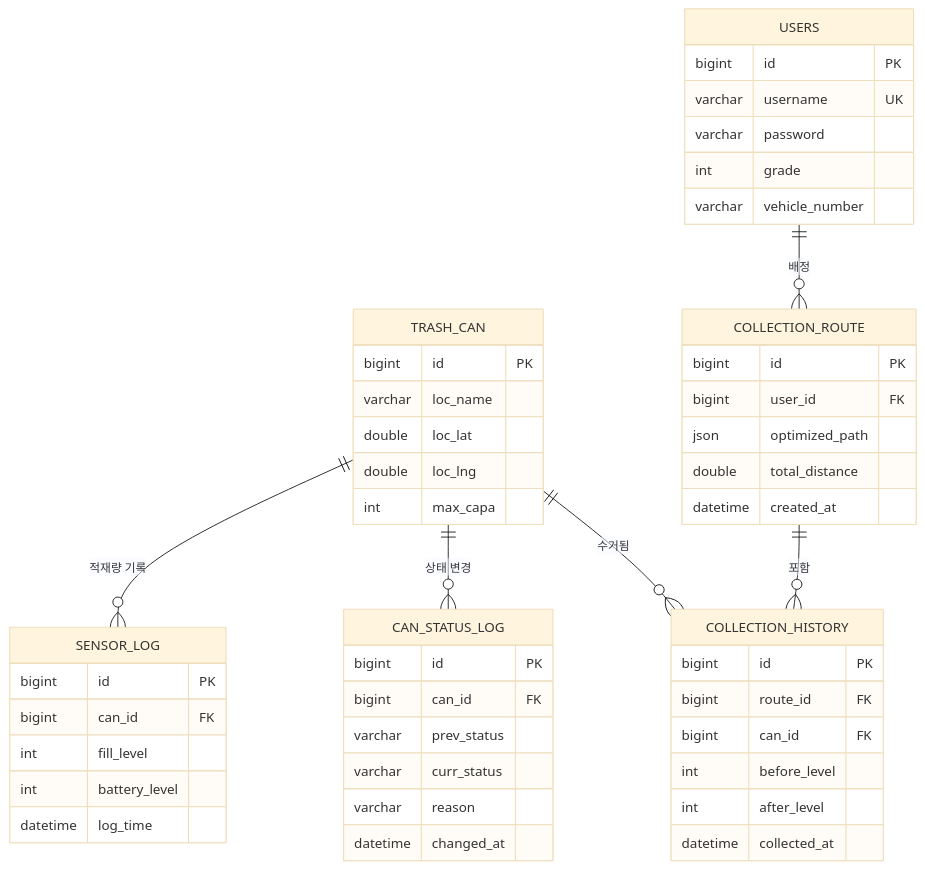
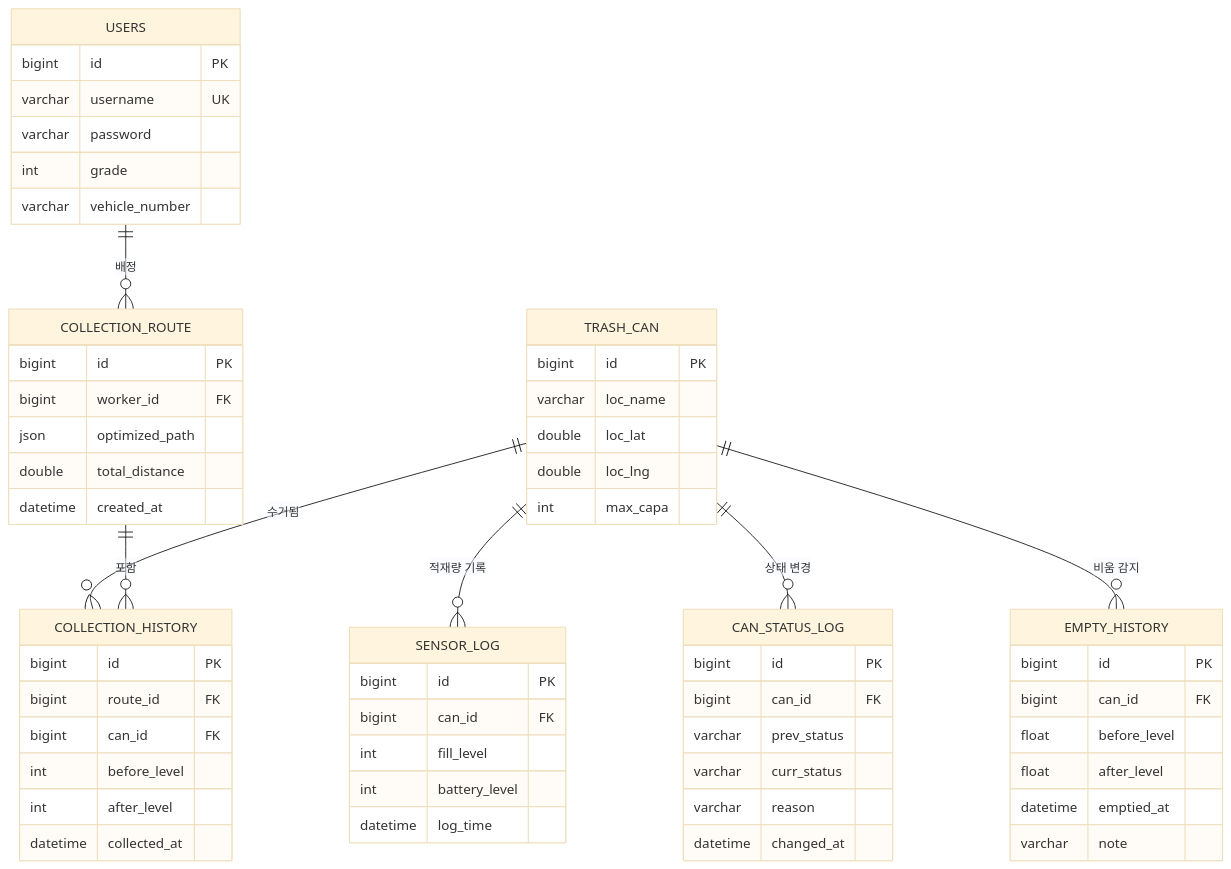
One commit to Chan-pj/Eco-Link changed the first of 2 diagrams in README.md. Above: the diagram before and after it, drawn with Mermaid (base theme). The commit also changed other lines of this file and 15 other files, not shown here.

````diff
--- a/README.md
+++ b/README.md
@@ -97,53 +103,62 @@
 ```mermaid
 erDiagram
     TRASH_CAN ||--o{ SENSOR_LOG : "적재량 기록"
     TRASH_CAN ||--o{ CAN_STATUS_LOG : "상태 변경"
     TRASH_CAN ||--o{ COLLECTION_HISTORY : "수거됨"
+    TRASH_CAN ||--o{ EMPTY_HISTORY : "비움 감지"
     USERS ||--o{ COLLECTION_ROUTE : "배정"
     COLLECTION_ROUTE ||--o{ COLLECTION_HISTORY : "포함"
 
     TRASH_CAN {
         bigint id PK
         varchar loc_name
         double loc_lat
         double loc_lng
         int max_capa
     }
     SENSOR_LOG {
         bigint id PK
         bigint can_id FK
         int fill_level
         int battery_level
         datetime log_time
     }
     CAN_STATUS_LOG {
         bigint id PK
         bigint can_id FK
         varchar prev_status
         varchar curr_status
         varchar reason
         datetime changed_at
     }
     USERS {
         bigint id PK
         varchar username UK
         varchar password
         int grade
         varchar vehicle_number
     }
     COLLECTION_ROUTE {
         bigint id PK
-        bigint user_id FK
+        bigint worker_id FK
         json optimized_path
         double total_distance
         datetime created_at
+    }
+    EMPTY_HISTORY {
+        bigint id PK
+        bigint can_id FK
+        float before_level
+        float after_level
+        datetime emptied_at
+        varchar note
     }
     COLLECTION_HISTORY {
         bigint id PK
         bigint route_id FK
         bigint can_id FK
         int before_level
         int after_level
         datetime collected_at
     }
 ```
````
